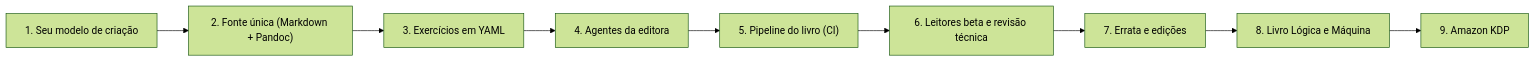
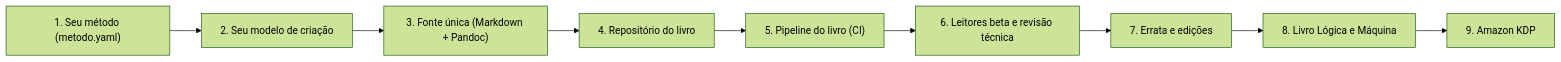
The tenth of 13 diagrams in docs/fluxos.md (AlanMateus17/dev-setup), drawn with Mermaid (forest theme) before and after one commit. The commit also changed other lines of this file and 38 other files, not shown here.

````diff
--- a/docs/fluxos.md
+++ b/docs/fluxos.md
@@ -288,20 +291,20 @@
 ```mermaid
 flowchart LR
-  s0["1. Seu modelo de criação"]
-  s1["2. Fonte única (Markdown + Pandoc)"]
-  s2["3. Exercícios em YAML"]
-  s3["4. Agentes da editora"]
+  s0["1. Seu método (metodo.yaml)"]
+  s1["2. Seu modelo de criação"]
+  s2["3. Fonte única (Markdown + Pandoc)"]
+  s3["4. Repositório do livro"]
   s4["5. Pipeline do livro (CI)"]
   s5["6. Leitores beta e revisão técnica"]
   s6["7. Errata e edições"]
   s7["8. Livro Lógica e Máquina"]
   s8["9. Amazon KDP"]
   s0 --> s1
   s1 --> s2
   s2 --> s3
   s3 --> s4
   s4 --> s5
   s5 --> s6
   s6 --> s7
   s7 --> s8
 ```
````
